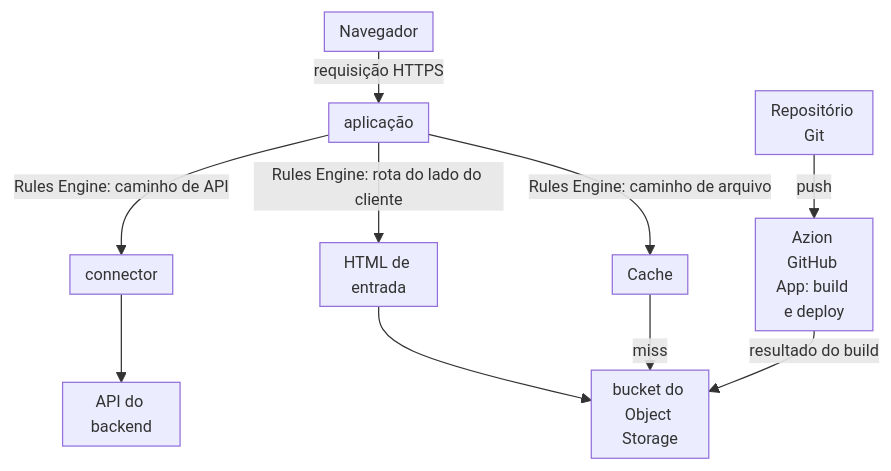
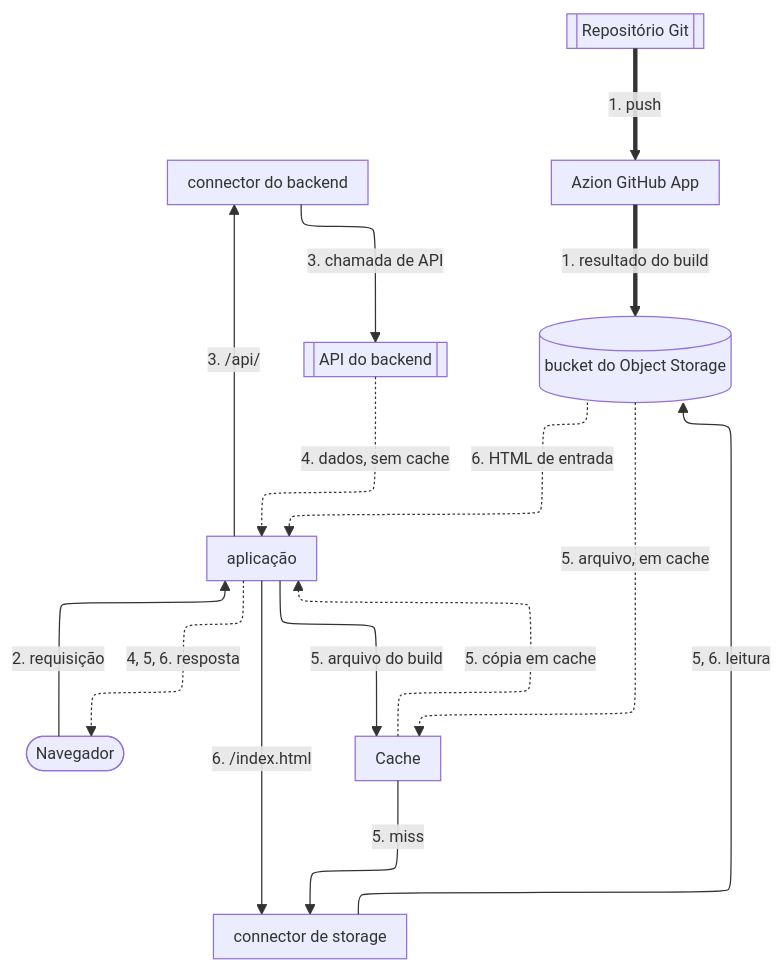
One commit to aziontech/docs changed the diagram in apps/docs/src/content/docs/pt-br/pages/casos-de-uso/construir-e-executar-aplicacoes/implantar-aplicacoes-front-end.mdx. Above: the diagram before and after it, drawn with Mermaid. The commit also changed other lines of this file and 55 other files, not shown here.

Commit message:
docs(use-cases): redraw the use-case diagrams with the way back and check their claims (#2509)

````diff
--- a/apps/docs/src/content/docs/pt-br/pages/casos-de-uso/construir-e-executar-aplicacoes/implantar-aplicacoes-front-end.mdx
+++ b/apps/docs/src/content/docs/pt-br/pages/casos-de-uso/construir-e-executar-aplicacoes/implantar-aplicacoes-front-end.mdx
@@ -40,13 +42,27 @@
 ```mermaid
-%%{init: {"layout": "dagre", "themeVariables": {"fontSize": "13px"}, "flowchart": {"nodeSpacing": 12, "rankSpacing": 12, "padding": 6, "wrappingWidth": 70, "minNodeWidth": 40, "useMaxWidth": true}}}%%
+%%{init: {"layout": "elk", "elk": {"cycleBreakingStrategy": "MODEL_ORDER"}, "themeVariables": {"fontSize": "13px"}, "flowchart": {"nodeSpacing": 24, "rankSpacing": 36, "padding": 8, "wrappingWidth": 150, "useMaxWidth": true}, "sequence": {"width": 120, "actorMargin": 30, "useMaxWidth": true}}}%%
 flowchart TD
-  Repo["Repositório Git"] -->|"push"| GH["Azion GitHub App: build e deploy"]
-  GH -->|"resultado do build"| Bucket["bucket do Object Storage"]
-  Browser["Navegador"] -->|"requisição HTTPS"| App["aplicação"]
-  App -->|"Rules Engine: caminho de API"| Conn["connector"]
-  Conn --> API["API do backend"]
-  App -->|"Rules Engine: caminho de arquivo"| Cache["Cache"]
-  Cache -->|"miss"| Bucket
-  App -->|"Rules Engine: rota do lado do cliente"| Index["HTML de entrada"]
-  Index --> Bucket
+  Browser(["Navegador"])
+  App["aplicação"]
+  Cache["Cache"]
+  Conn["connector do backend"]
+  SConn["connector de storage"]
+  API[["API do backend"]]
+  Repo[["Repositório Git"]]
+  GH["Azion GitHub App"]
+  Bucket[("bucket do Object Storage")]
+  Browser -->|"2. requisição"| App
+  App -->|"3. /api/"| Conn
+  Conn -->|"3. chamada de API"| API
+  App -->|"5. arquivo do build"| Cache
+  Cache -->|"5. miss"| SConn
+  App -->|"6. /index.html"| SConn
+  SConn -->|"5, 6. leitura"| Bucket
+  API -.->|"4. dados, sem cache"| App
+  Bucket -.->|"5. arquivo, em cache"| Cache
+  Cache -.->|"5. cópia em cache"| App
+  Bucket -.->|"6. HTML de entrada"| App
+  App -.->|"4, 5, 6. resposta"| Browser
+  Repo ==>|"1. push"| GH
+  GH ==>|"1. resultado do build"| Bucket
 ```
````
